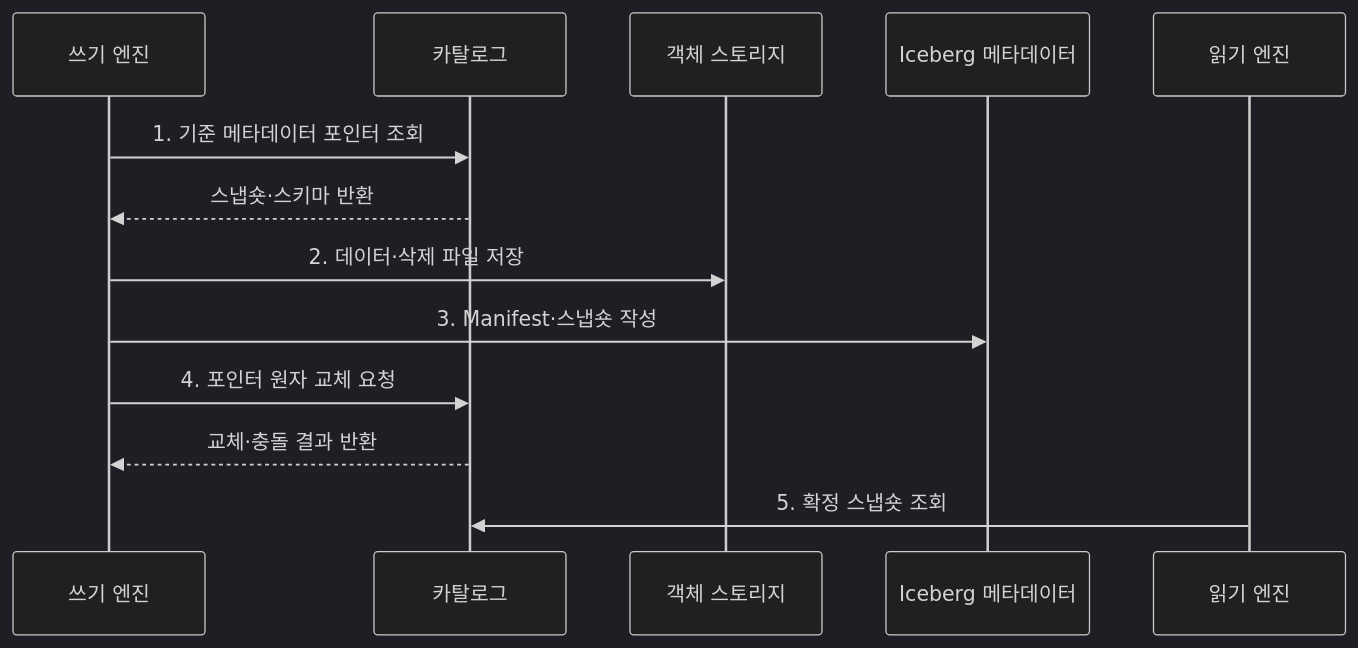
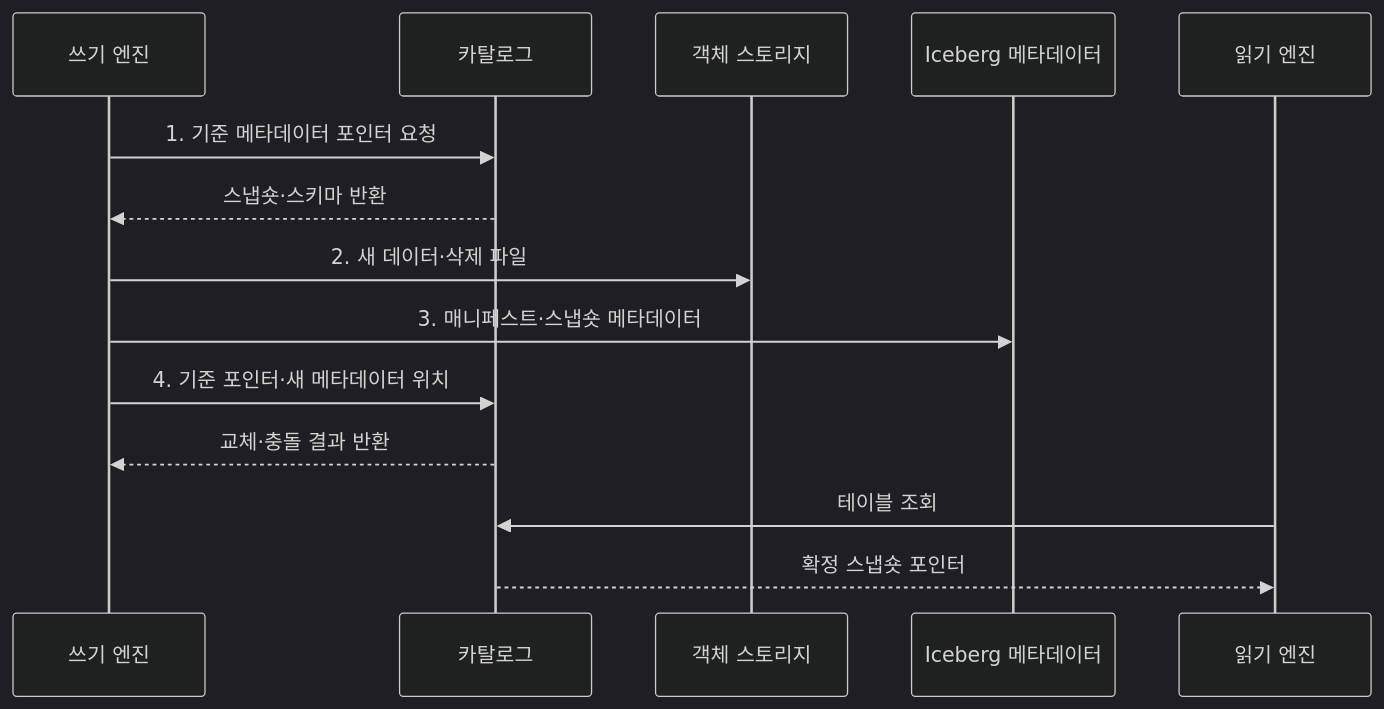
The second of 2 diagrams in src/content/docs/notes/03-software/128_apache_iceberg.md (agnusdei1207/knowledge-base), drawn with Mermaid (dark theme) before and after one commit. The commit also changed other lines of this file and 20 other files, not shown here.

````diff
--- a/src/content/docs/notes/03-software/128_apache_iceberg.md
+++ b/src/content/docs/notes/03-software/128_apache_iceberg.md
@@ -81,15 +82,16 @@
 ```mermaid
 sequenceDiagram
     participant W as 쓰기 엔진
     participant C as 카탈로그
     participant D as 객체 스토리지
     participant M as Iceberg 메타데이터
     participant R as 읽기 엔진
-    W->>C: 1. 기준 메타데이터 포인터 조회
+    W->>C: 1. 기준 메타데이터 포인터 요청
     C-->>W: 스냅숏·스키마 반환
-    W->>D: 2. 데이터·삭제 파일 저장
-    W->>M: 3. Manifest·스냅숏 작성
-    W->>C: 4. 포인터 원자 교체 요청
+    W->>D: 2. 새 데이터·삭제 파일
+    W->>M: 3. 매니페스트·스냅숏 메타데이터
+    W->>C: 4. 기준 포인터·새 메타데이터 위치
     C-->>W: 교체·충돌 결과 반환
-    R->>C: 5. 확정 스냅숏 조회
+    R->>C: 테이블 조회
+    C-->>R: 확정 스냅숏 포인터
 ```
````
